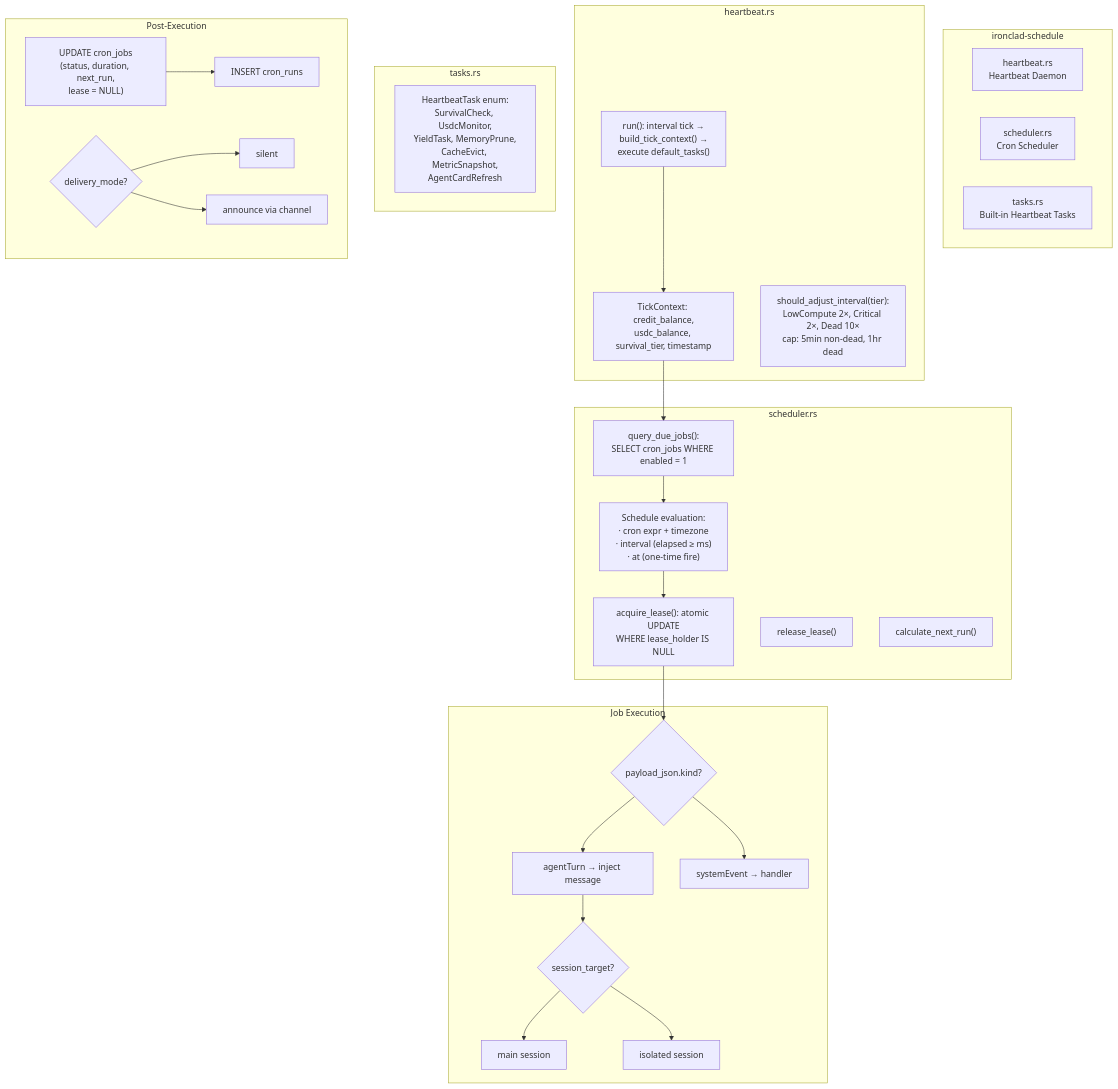
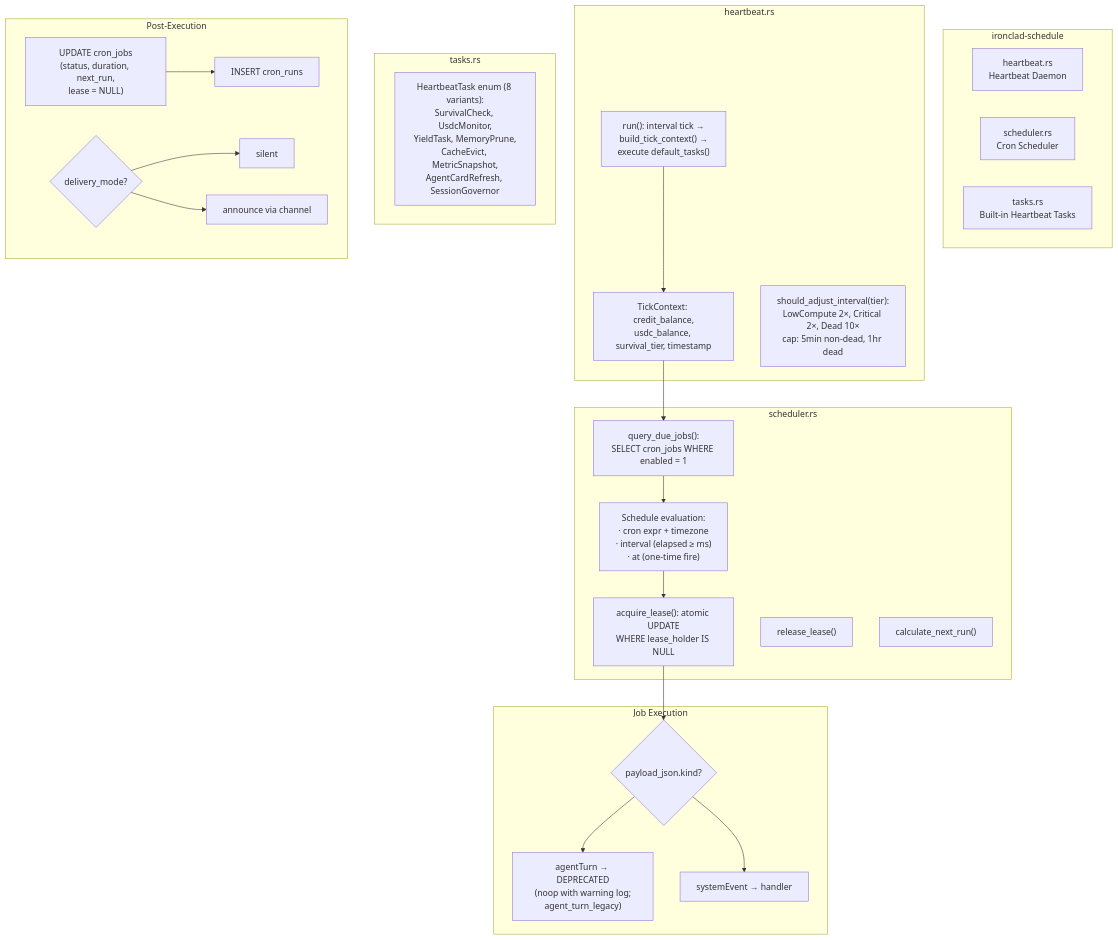
Before and after one commit to robot-accomplice/ironclad: the first of 2 diagrams in docs/architecture/ironclad-c4-schedule.md, drawn with Mermaid. The commit also changed 16 other files, not shown here.

First line of the commit message:
docs: remediate architecture drift — update all diagrams to v0.8.0

````diff
--- a/docs/architecture/ironclad-c4-schedule.md
+++ b/docs/architecture/ironclad-c4-schedule.md
@@ -9,58 +9,52 @@
 ```mermaid
 flowchart TB
     subgraph IroncladSchedule ["ironclad-schedule"]
         HEARTBEAT["heartbeat.rs<br/>Heartbeat Daemon"]
         SCHEDULER["scheduler.rs<br/>Cron Scheduler"]
         TASKS["tasks.rs<br/>Built-in Heartbeat Tasks"]
     end
 
     subgraph HeartbeatDetail ["heartbeat.rs"]
         TICK_LOOP["run(): interval tick →<br/>build_tick_context() →<br/>execute default_tasks()"]
         TICK_CTX["TickContext: credit_balance,<br/>usdc_balance, survival_tier, timestamp"]
         ADJUST["should_adjust_interval(tier):<br/>LowCompute 2×, Critical 2×, Dead 10×<br/>cap: 5min non-dead, 1hr dead"]
         TICK_LOOP --> TICK_CTX
     end
 
     subgraph SchedulerDetail ["scheduler.rs"]
         QUERY_JOBS["query_due_jobs():<br/>SELECT cron_jobs WHERE enabled = 1"]
         EVAL["Schedule evaluation:<br/>· cron expr + timezone<br/>· interval (elapsed ≥ ms)<br/>· at (one-time fire)"]
         ACQUIRE["acquire_lease(): atomic UPDATE<br/>WHERE lease_holder IS NULL"]
         RELEASE["release_lease()"]
         NEXT_RUN["calculate_next_run()"]
         QUERY_JOBS --> EVAL --> ACQUIRE
     end
 
     subgraph TasksDetail ["tasks.rs"]
         direction LR
-        TASK_ENUM["HeartbeatTask enum:<br/>SurvivalCheck, UsdcMonitor,<br/>YieldTask, MemoryPrune,<br/>CacheEvict, MetricSnapshot,<br/>AgentCardRefresh"]
+        TASK_ENUM["HeartbeatTask enum (8 variants):<br/>SurvivalCheck, UsdcMonitor,<br/>YieldTask, MemoryPrune,<br/>CacheEvict, MetricSnapshot,<br/>AgentCardRefresh, SessionGovernor"]
     end
 
     subgraph Execution ["Job Execution"]
         PAYLOAD_KIND{"payload_json.kind?"}
-        AGENT_TURN["agentTurn → inject message"]
+        AGENT_TURN["agentTurn → DEPRECATED<br/>(noop with warning log;<br/>agent_turn_legacy)"]
         SYS_EVENT["systemEvent → handler"]
-        SESSION_SELECT{"session_target?"}
-        MAIN_SESSION["main session"]
-        ISO_SESSION["isolated session"]
         PAYLOAD_KIND --> AGENT_TURN
         PAYLOAD_KIND --> SYS_EVENT
-        AGENT_TURN --> SESSION_SELECT
-        SESSION_SELECT --> MAIN_SESSION
-        SESSION_SELECT --> ISO_SESSION
     end
 
     subgraph PostExec ["Post-Execution"]
         direction LR
         UPDATE_JOB["UPDATE cron_jobs<br/>(status, duration, next_run,<br/>lease = NULL)"]
         INSERT_RUN["INSERT cron_runs"]
         DELIVER_MODE{"delivery_mode?"}
         SILENT["silent"]
         ANNOUNCE["announce via channel"]
         UPDATE_JOB --> INSERT_RUN
         DELIVER_MODE --> SILENT
         DELIVER_MODE --> ANNOUNCE
     end
 
     TICK_CTX --> QUERY_JOBS
     ACQUIRE --> PAYLOAD_KIND
 ```
````
